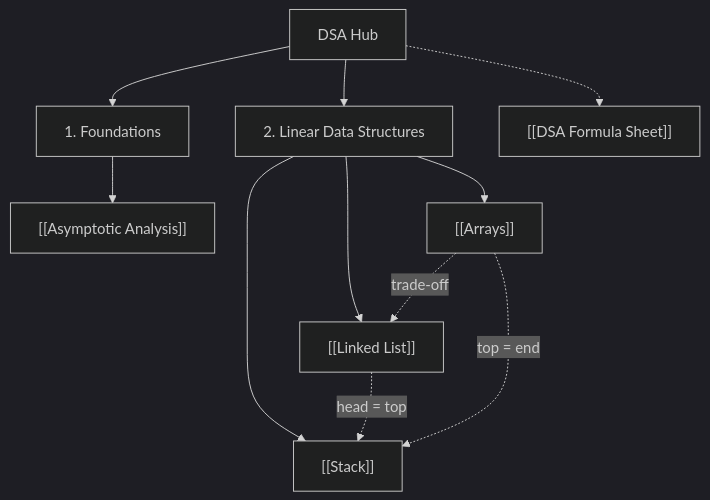
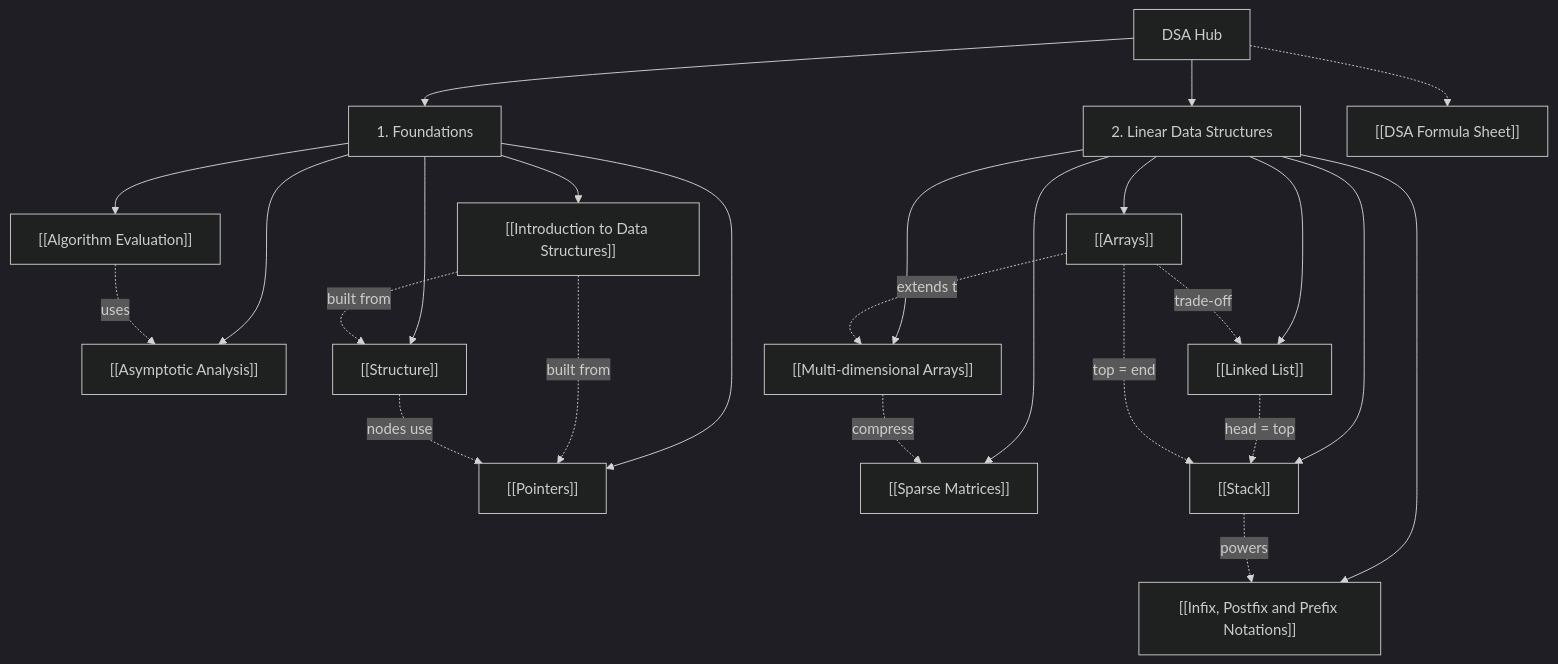
Before and after one commit to unknown-xenon-star/notes: the diagram in mid-term/DSA/00 - Data Structures and Algorithms Index.md, drawn with Mermaid (dark theme). The commit also changed other lines of this file and 13 other files, not shown here.

````diff
--- a/mid-term/DSA/00 - Data Structures and Algorithms Index.md
+++ b/mid-term/DSA/00 - Data Structures and Algorithms Index.md
@@ -26,17 +26,31 @@
 ```mermaid
 flowchart TD
     DSA["DSA Hub"] --> AA["1. Foundations"]
     DSA --> LIN["2. Linear Data Structures"]
 
+    AA --> IDS["[[Introduction to Data Structures]]"]
+    AA --> AE["[[Algorithm Evaluation]]"]
     AA --> ASM["[[Asymptotic Analysis]]"]
+    AA --> PTR["[[Pointers]]"]
+    AA --> STR["[[Structure]]"]
 
     LIN --> ARR["[[Arrays]]"]
+    LIN --> MDA["[[Multi-dimensional Arrays]]"]
+    LIN --> SP["[[Sparse Matrices]]"]
     LIN --> LL["[[Linked List]]"]
     LIN --> STK["[[Stack]]"]
+    LIN --> NOT["[[Infix, Postfix and Prefix Notations]]"]
 
+    IDS -.built from.-> PTR
+    IDS -.built from.-> STR
+    STR -.nodes use.-> PTR
+    ARR -.extends to.-> MDA
+    MDA -.compress.-> SP
     ARR -.trade-off.-> LL
     LL -.head = top.-> STK
     ARR -.top = end.-> STK
+    STK -.powers.-> NOT
+    AE -.uses.-> ASM
 
     DSA -.-> FS["[[DSA Formula Sheet]]"]
 ```
````
